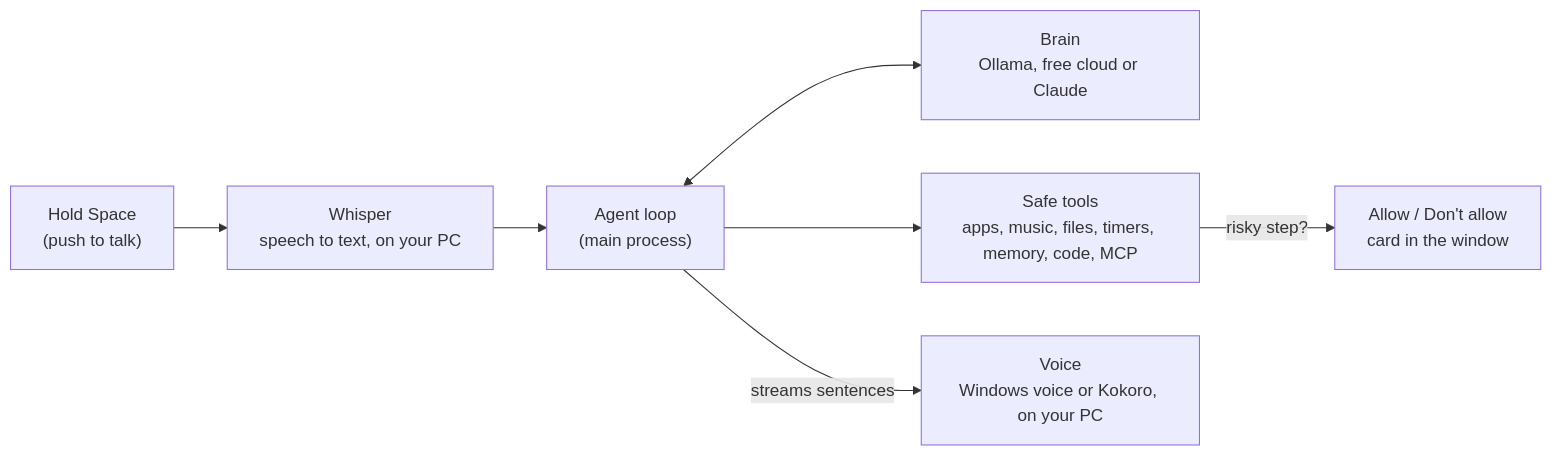
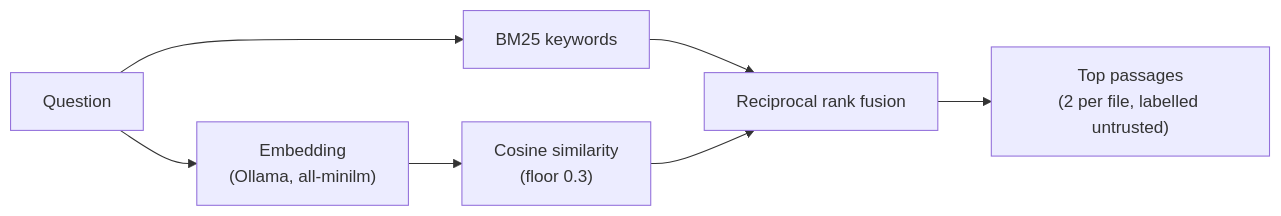
The third of 3 diagrams in README.md (osamaayub/nova-assistant), drawn with Mermaid before and after one commit. The commit also changed other lines of this file and 7 other files, not shown here.

````diff
--- a/README.md
+++ b/README.md
@@ -74,9 +137,9 @@
 ```mermaid
 flowchart LR
-    M["Hold Space<br/>(push to talk)"] --> W["Whisper<br/>speech to text, on your PC"]
-    W --> A["Agent loop<br/>(main process)"]
-    A <--> B["Brain<br/>Ollama, free cloud or Claude"]
-    A --> T["Safe tools<br/>apps, music, files, timers, memory, code, MCP"]
-    A -- "streams sentences" --> V["Voice<br/>Windows voice or Kokoro, on your PC"]
-    T -- "risky step?" --> Q["Allow / Don't allow<br/>card in the window"]
+    Q["Question"] --> B["BM25 keywords"]
+    Q --> E["Embedding<br/>(Ollama, all-minilm)"]
+    E --> V["Cosine similarity<br/>(floor 0.3)"]
+    B --> F["Reciprocal rank fusion"]
+    V --> F
+    F --> T["Top passages<br/>(2 per file, labelled untrusted)"]
 ```
````
